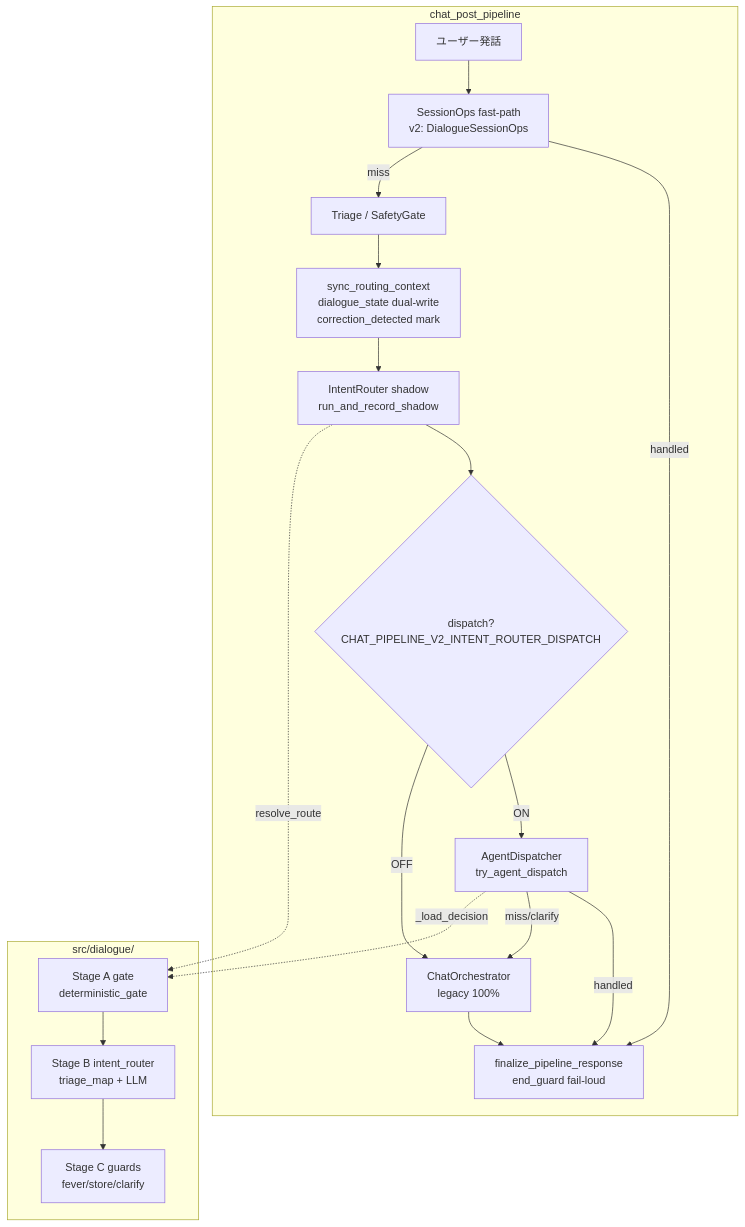
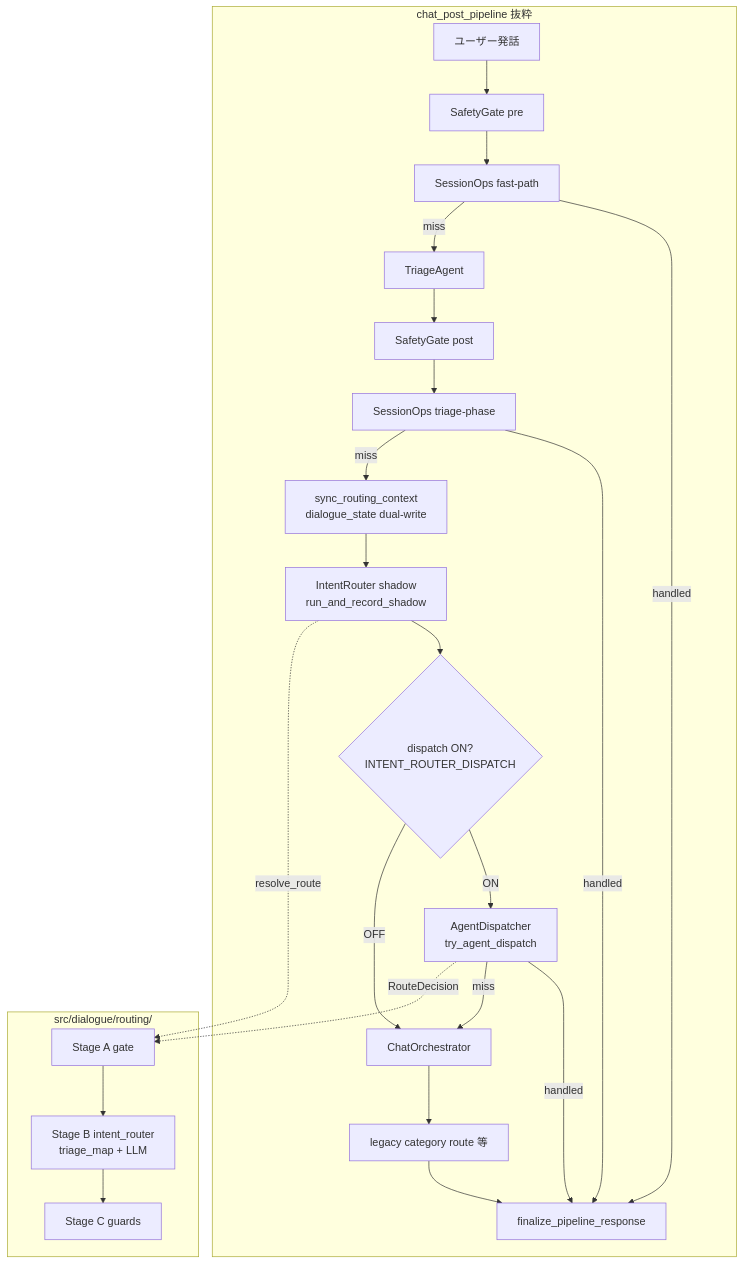
Before and after one commit to 32Lwk/medicine-recommend-system: the second of 2 diagrams in docs/dev/ARCHITECTURE_MULTI_AGENT.md, drawn with Mermaid. The commit also changed other lines of this file, not shown here.

First line of the commit message:
docs: align ARCHITECTURE_MULTI_AGENT with current pipeline implementation

````diff
--- a/docs/dev/ARCHITECTURE_MULTI_AGENT.md
+++ b/docs/dev/ARCHITECTURE_MULTI_AGENT.md
@@ -102,26 +143,31 @@
 ```mermaid
 flowchart TB
-    subgraph pipeline [chat_post_pipeline]
-        A[ユーザー発話] --> SP[SessionOps fast-path\nv2: DialogueSessionOps]
+    subgraph pipeline [chat_post_pipeline 抜粋]
+        A[ユーザー発話] --> SGpre[SafetyGate pre]
+        SGpre --> SP[SessionOps fast-path]
         SP -->|handled| RESP
-        SP -->|miss| TR[Triage / SafetyGate]
-        TR --> SYNC[sync_routing_context\ndialogue_state dual-write\ncorrection_detected mark]
+        SP -->|miss| TRI[TriageAgent]
+        TRI --> SGpost[SafetyGate post]
+        SGpost --> SOPS[SessionOps triage-phase]
+        SOPS -->|handled| RESP
+        SOPS -->|miss| SYNC[sync_routing_context\ndialogue_state dual-write]
         SYNC --> SHADOW[IntentRouter shadow\nrun_and_record_shadow]
-        SHADOW --> DISP{dispatch?\nCHAT_PIPELINE_V2_INTENT_ROUTER_DISPATCH}
+        SHADOW --> DISP{dispatch ON?\nINTENT_ROUTER_DISPATCH}
         DISP -->|ON| AGD[AgentDispatcher\ntry_agent_dispatch]
         AGD -->|handled| RESP
-        AGD -->|miss/clarify| ORCH
-        DISP -->|OFF| ORCH[ChatOrchestrator\nlegacy 100%]
-        ORCH --> RESP[finalize_pipeline_response\nend_guard fail-loud]
+        AGD -->|miss| ORCH
+        DISP -->|OFF| ORCH[ChatOrchestrator]
+        ORCH --> LEG[legacy category route 等]
+        LEG --> RESP[finalize_pipeline_response]
     end
 
-    subgraph dialogue [src/dialogue/]
-        GateA[Stage A gate\ndeterministic_gate]
+    subgraph dialogue [src/dialogue/routing/]
+        GateA[Stage A gate]
         GateB[Stage B intent_router\ntriage_map + LLM]
-        GateC[Stage C guards\nfever/store/clarify]
+        GateC[Stage C guards]
         GateA --> GateB --> GateC
     end
 
     SHADOW -.->|resolve_route| GateA
-    AGD -.->|_load_decision| GateA
+    AGD -.->|RouteDecision| GateA
 ```
````
